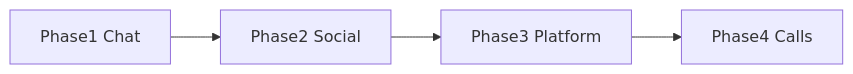
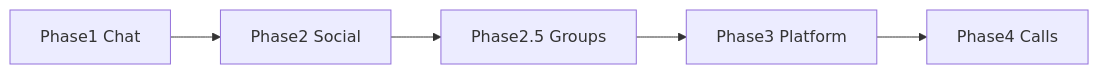
The diagram in architecture/plans/README.md (mustafafoisol/CallingApp), drawn with Mermaid before and after one commit. The commit also changed other lines of this file and 21 other files, not shown here.

````diff
--- a/architecture/plans/README.md
+++ b/architecture/plans/README.md
@@ -16,6 +17,7 @@
 ```mermaid
 flowchart LR
   P1[Phase1 Chat] --> P2[Phase2 Social]
-  P2 --> P3[Phase3 Platform]
+  P2 --> P25[Phase2.5 Groups]
+  P25 --> P3[Phase3 Platform]
   P3 --> P4[Phase4 Calls]
 ```
````
